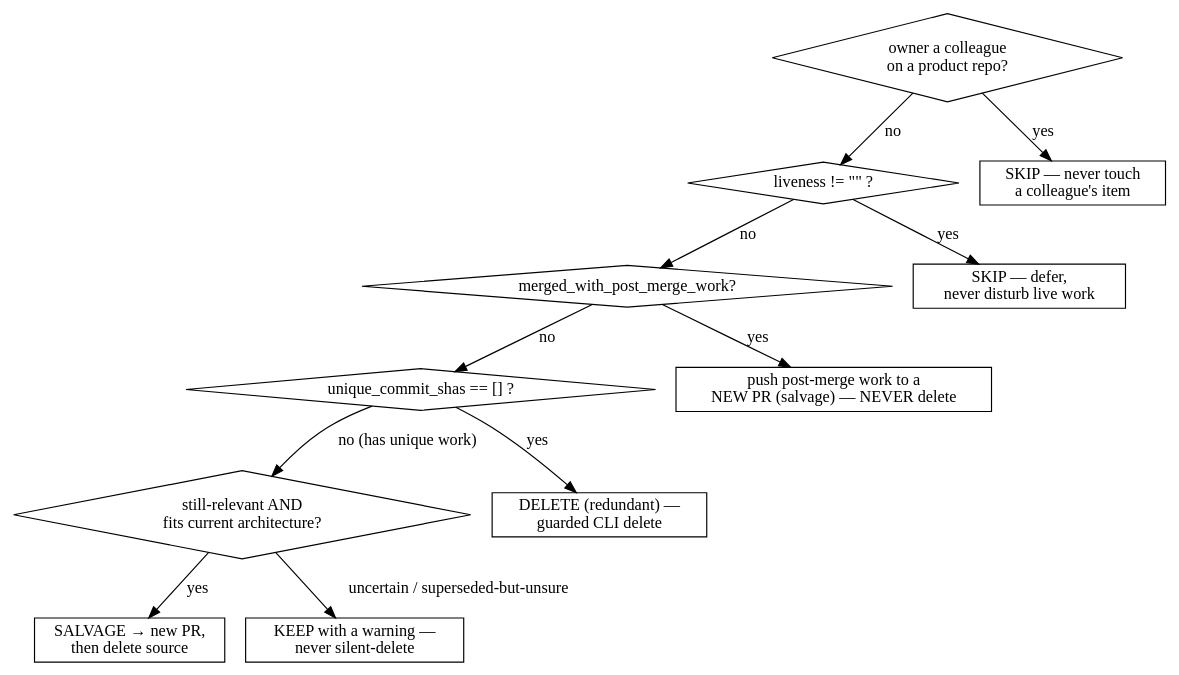
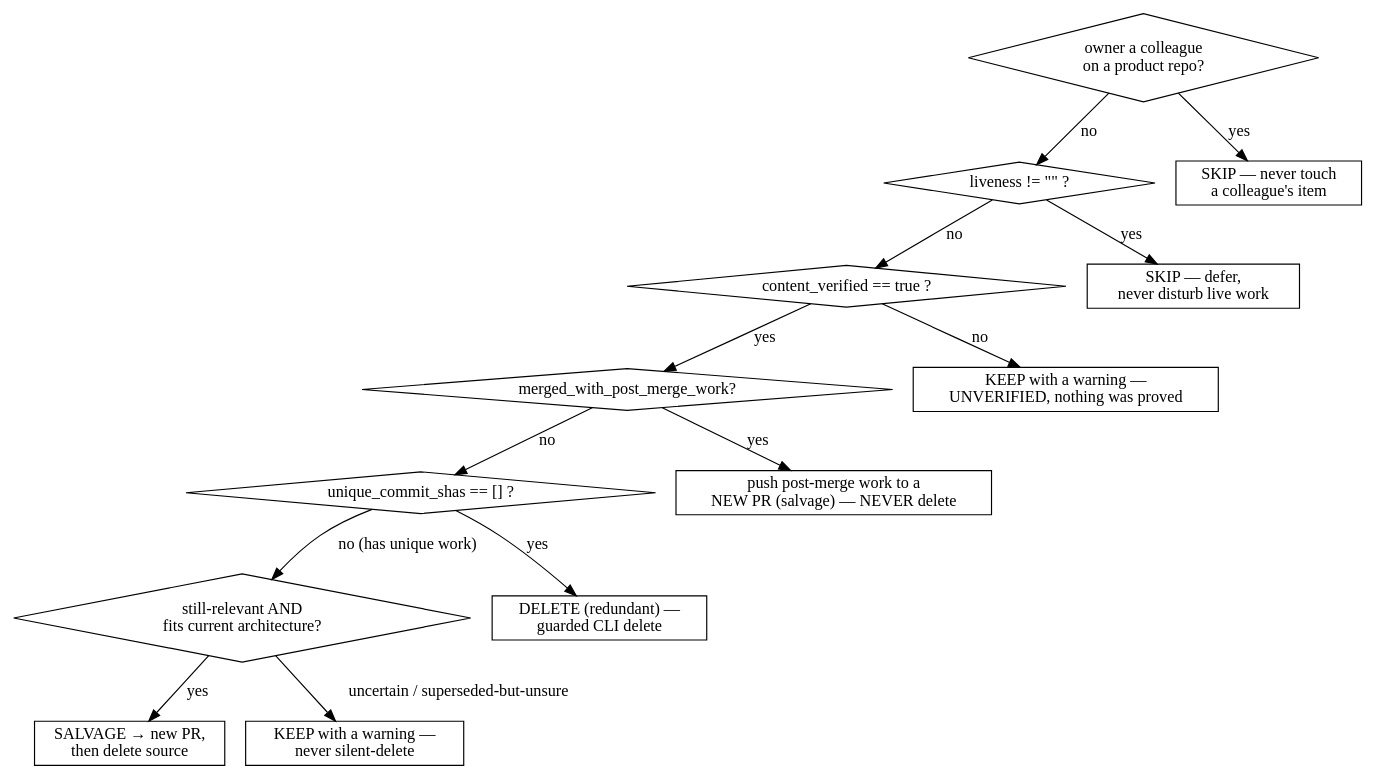
One commit to souliane/teatree changed the diagram in skills/sweeping-worktrees/SKILL.md. Above: the diagram before and after it, drawn with Graphviz. The commit also changed other lines of this file and 15 other files, not shown here.

First line of the commit message:
fix(cleanup): carry verdict provenance into the emit record so unverified routes to KEEP

````diff
--- a/skills/sweeping-worktrees/SKILL.md
+++ b/skills/sweeping-worktrees/SKILL.md
@@ -82,26 +90,30 @@
 ```dot
 digraph route {
   rankdir=TB; node [shape=box];
   own  [shape=diamond, label="owner a colleague\non a product repo?"];
   live [shape=diamond, label="liveness != \"\" ?"];
+  ver  [shape=diamond, label="content_verified == true ?"];
   pmw  [shape=diamond, label="merged_with_post_merge_work?"];
   uniq [shape=diamond, label="unique_commit_shas == [] ?"];
   rel  [shape=diamond, label="still-relevant AND\nfits current architecture?"];
   skip1 [label="SKIP — never touch\na colleague's item"];
   skip2 [label="SKIP — defer,\nnever disturb live work"];
+  unver [label="KEEP with a warning —\nUNVERIFIED, nothing was proved"];
   newpr [label="push post-merge work to a\nNEW PR (salvage) — NEVER delete"];
   del   [label="DELETE (redundant) —\nguarded CLI delete"];
   salv  [label="SALVAGE → new PR,\nthen delete source"];
   keep  [label="KEEP with a warning —\nnever silent-delete"];
   own -> skip1 [label="yes"];
   own -> live  [label="no"];
   live -> skip2 [label="yes"];
-  live -> pmw   [label="no"];
+  live -> ver   [label="no"];
+  ver -> unver [label="no"];
+  ver -> pmw   [label="yes"];
   pmw -> newpr [label="yes"];
   pmw -> uniq  [label="no"];
   uniq -> del  [label="yes"];
   uniq -> rel  [label="no (has unique work)"];
   rel -> salv  [label="yes"];
   rel -> keep  [label="uncertain / superseded-but-unsure"];
 }
 ```
````
